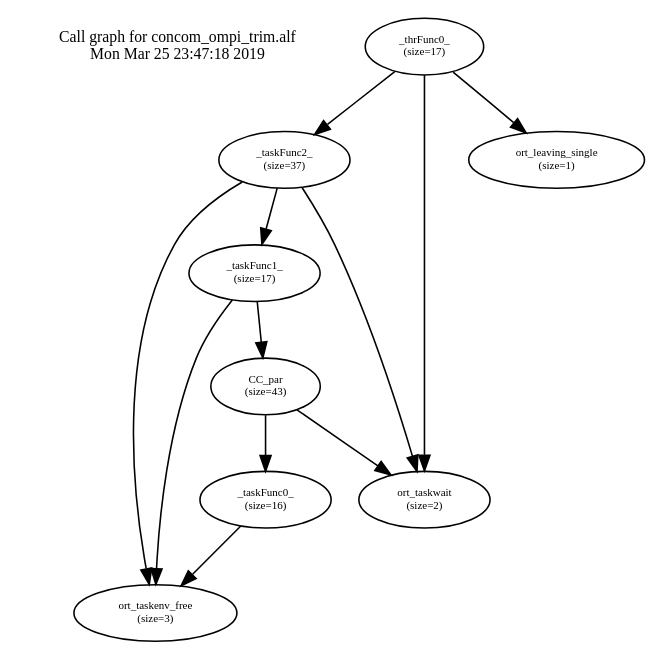
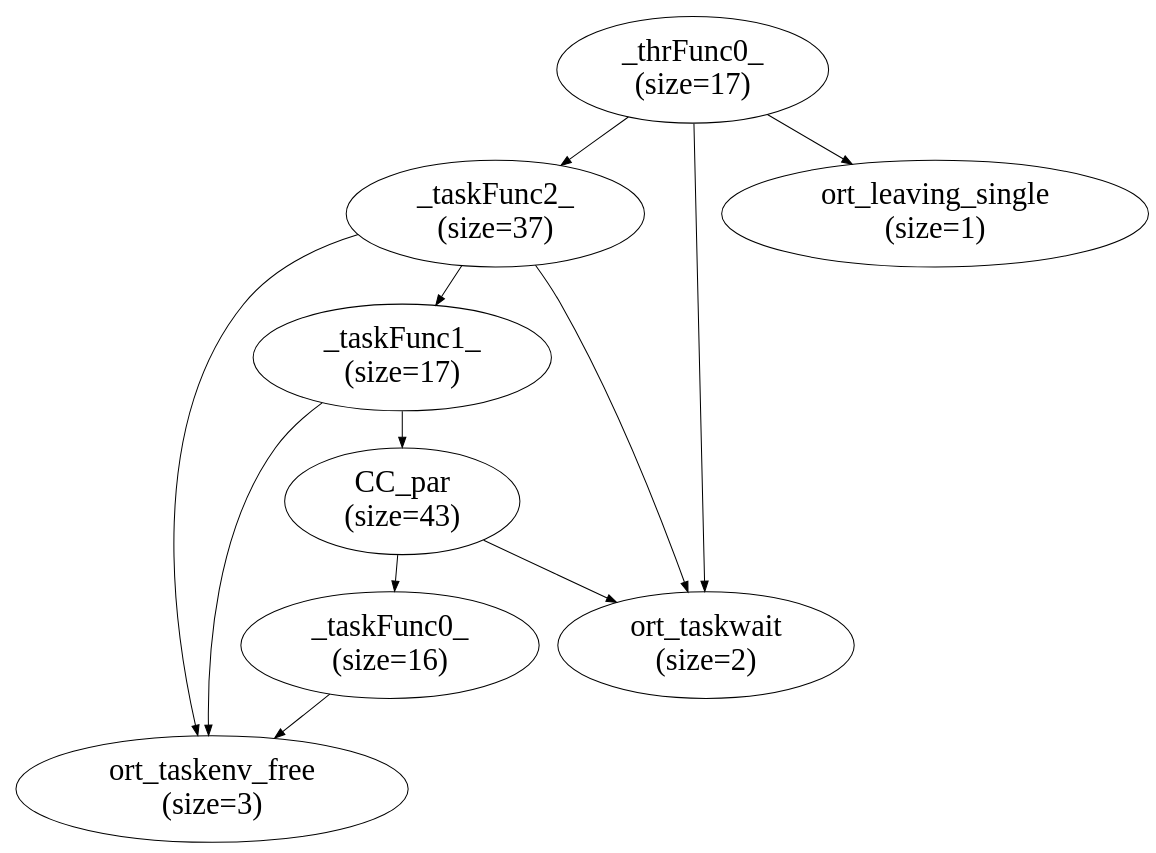
The diagram in concom/callgraph/concom.dot (Kingtous/Bots_Task_Result), drawn with Graphviz before and after one commit. The commit also changed 510 other files, not shown here.

```diff
--- a/concom/callgraph/concom.dot
+++ b/concom/callgraph/concom.dot
@@ -1,29 +1,28 @@
 digraph "" {
   size="10,8";
   rankdir=TB;
   center=1;
   rotate=0;
    {
-   node [shape=plaintext,fontsize=10];
-   "Call graph for concom_ompi_trim.alf\nMon Mar 25 23:47:18 2019"
+   node [shape=plaintext,fontsize=10,fontname="Segoe UI Emoji"];
    }
-   0 [label="_thrFunc0_\n(size=17)",fontsize=7]
-   1 [label="_taskFunc2_\n(size=37)",fontsize=7]
-   2 [label="_taskFunc1_\n(size=17)",fontsize=7]
-   3 [label="CC_par\n(size=43)",fontsize=7]
-   4 [label="_taskFunc0_\n(size=16)",fontsize=7]
-   5 [label="ort_taskenv_free\n(size=3)",fontsize=7]
-   6 [label="ort_taskwait\n(size=2)",fontsize=7]
-   7 [label="ort_leaving_single\n(size=1)",fontsize=7]
+   0 [label="_thrFunc0_\n(size=17)",fontsize=30]
+   1 [label="_taskFunc2_\n(size=37)",fontsize=30]
+   2 [label="_taskFunc1_\n(size=17)",fontsize=30]
+   3 [label="CC_par\n(size=43)",fontsize=30]
+   4 [label="_taskFunc0_\n(size=16)",fontsize=30]
+   5 [label="ort_taskenv_free\n(size=3)",fontsize=30]
+   6 [label="ort_taskwait\n(size=2)",fontsize=30]
+   7 [label="ort_leaving_single\n(size=1)",fontsize=30]
    0->1
    0->6
    0->7
    1->2
    1->6
    1->5
    2->3
    2->5
    3->4
    3->6
    4->5
 }
```
